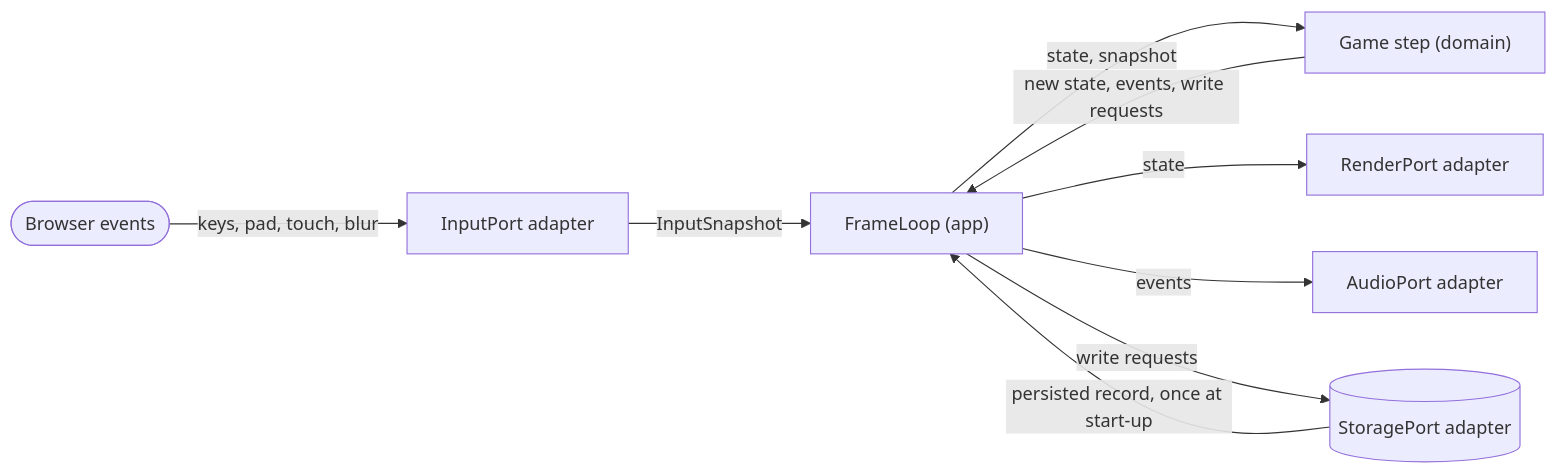
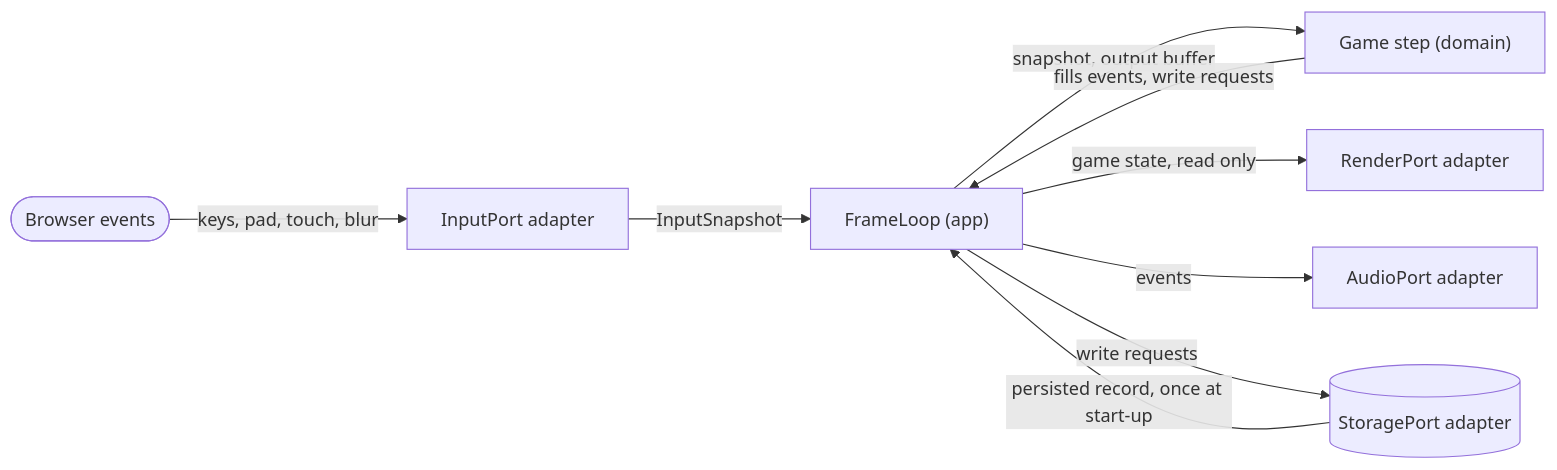
One commit to benoit-bremaud/retro-plumber changed the diagram in docs/architecture/diagrams/meta/16-data-flow-tick.md. Above: the diagram before and after it, drawn with Mermaid. The commit also changed other lines of this file and 2 other files, not shown here.

Commit message:
docs(uml): in-place step flow, mutable records, Contacts and LevelRun scoring edges (#8)

````diff
--- a/docs/architecture/diagrams/meta/16-data-flow-tick.md
+++ b/docs/architecture/diagrams/meta/16-data-flow-tick.md
@@ -13,18 +13,18 @@
 ```mermaid
 flowchart LR
     B(["Browser events"])
     In["InputPort adapter"]
     FL["FrameLoop (app)"]
     G["Game step (domain)"]
     R["RenderPort adapter"]
     A["AudioPort adapter"]
     S[("StoragePort adapter")]
     B -->|"keys, pad, touch, blur"| In
     In -->|"InputSnapshot"| FL
-    FL -->|"state, snapshot"| G
-    G -->|"new state, events, write requests"| FL
-    FL -->|"state"| R
+    FL -->|"snapshot, output buffer"| G
+    G -->|"fills events, write requests"| FL
+    FL -->|"game state, read only"| R
     FL -->|"events"| A
     FL -->|"write requests"| S
     S -->|"persisted record, once at start-up"| FL
 ```
````
